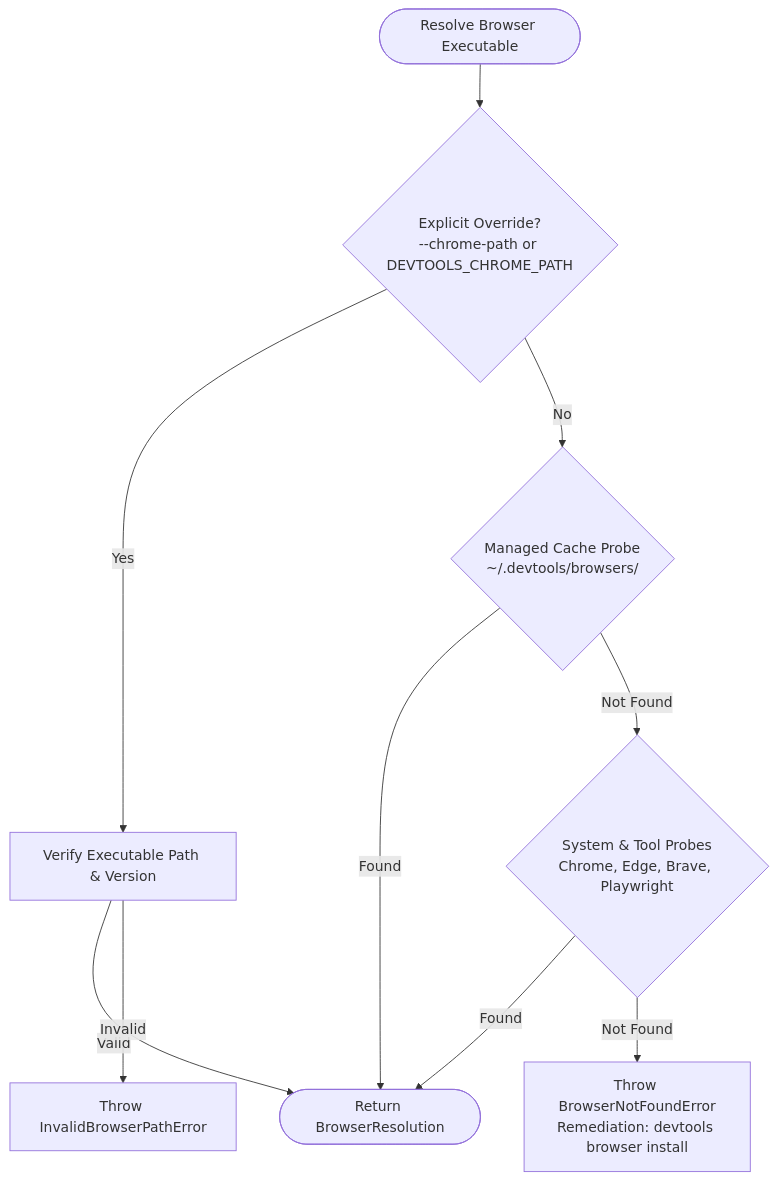
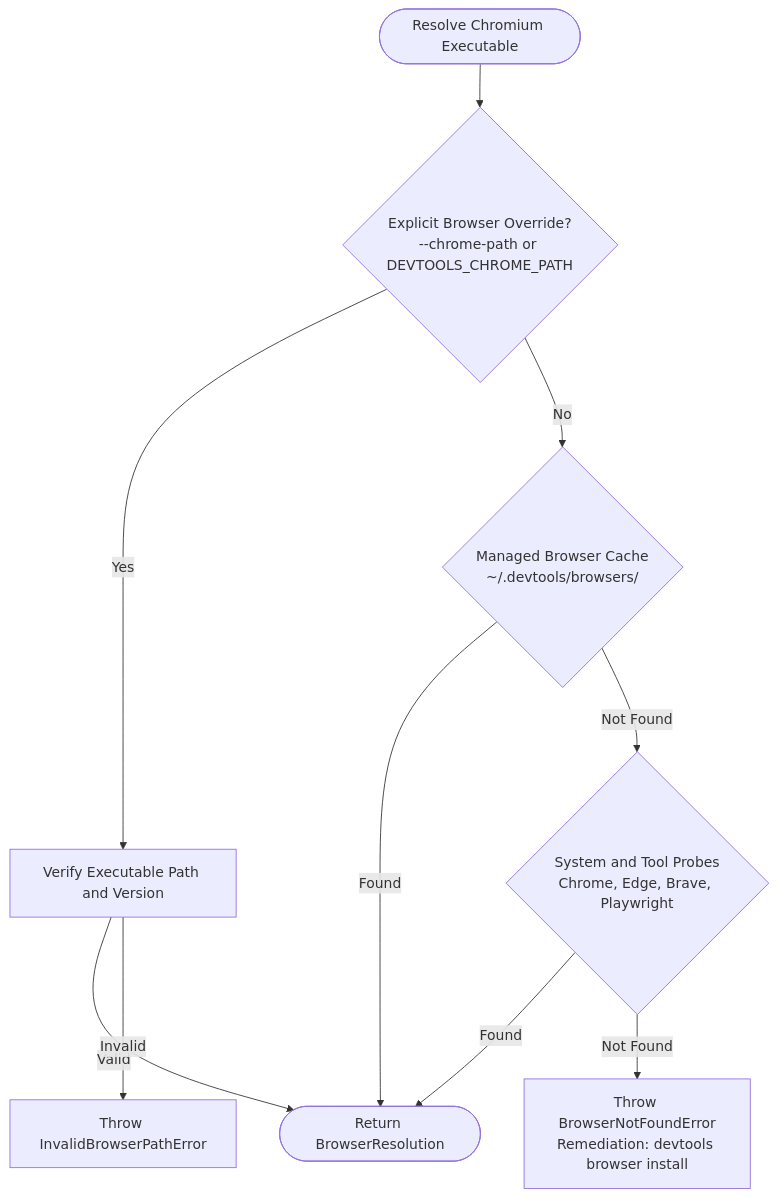
One commit to ahmedhanye/devtools changed the diagram in docs/architecture/browser.md. Above: the diagram before and after it, drawn with Mermaid. The commit also changed other lines of this file and 50 other files, not shown here.

Commit message:
docs: reorganize architecture, standards, testing, and PR guides

````diff
--- a/docs/architecture/browser.md
+++ b/docs/architecture/browser.md
@@ -26,12 +18,12 @@
 ```mermaid
 flowchart TD
-  Start([Resolve Browser Executable]) --> CheckOverride{Explicit Override?<br/>--chrome-path or DEVTOOLS_CHROME_PATH}
-  CheckOverride -- Yes --> VerifyOverride[Verify Executable Path & Version]
-  VerifyOverride -- Valid --> Found([Return BrowserResolution])
-  VerifyOverride -- Invalid --> ErrorOverride[Throw InvalidBrowserPathError]
-  CheckOverride -- No --> CheckCache{Managed Cache Probe<br/>~/.devtools/browsers/}
+  Start(["Resolve Chromium Executable"]) --> CheckOverride{"Explicit Browser Override?<br/>--chrome-path or DEVTOOLS_CHROME_PATH"}
+  CheckOverride -- Yes --> VerifyOverride["Verify Executable Path and Version"]
+  VerifyOverride -- Valid --> Found(["Return BrowserResolution"])
+  VerifyOverride -- Invalid --> ErrorOverride["Throw InvalidBrowserPathError"]
+  CheckOverride -- No --> CheckCache{"Managed Browser Cache<br/>~/.devtools/browsers/"}
   CheckCache -- Found --> Found
-  CheckCache -- Not Found --> CheckProbes{System & Tool Probes<br/>Chrome, Edge, Brave, Playwright}
+  CheckCache -- Not Found --> CheckProbes{"System and Tool Probes<br/>Chrome, Edge, Brave, Playwright"}
   CheckProbes -- Found --> Found
-  CheckProbes -- Not Found --> TerminalStop[Throw BrowserNotFoundError<br/>Remediation: devtools browser install]
+  CheckProbes -- Not Found --> TerminalStop["Throw BrowserNotFoundError<br/>Remediation: devtools browser install"]
 ```
````
